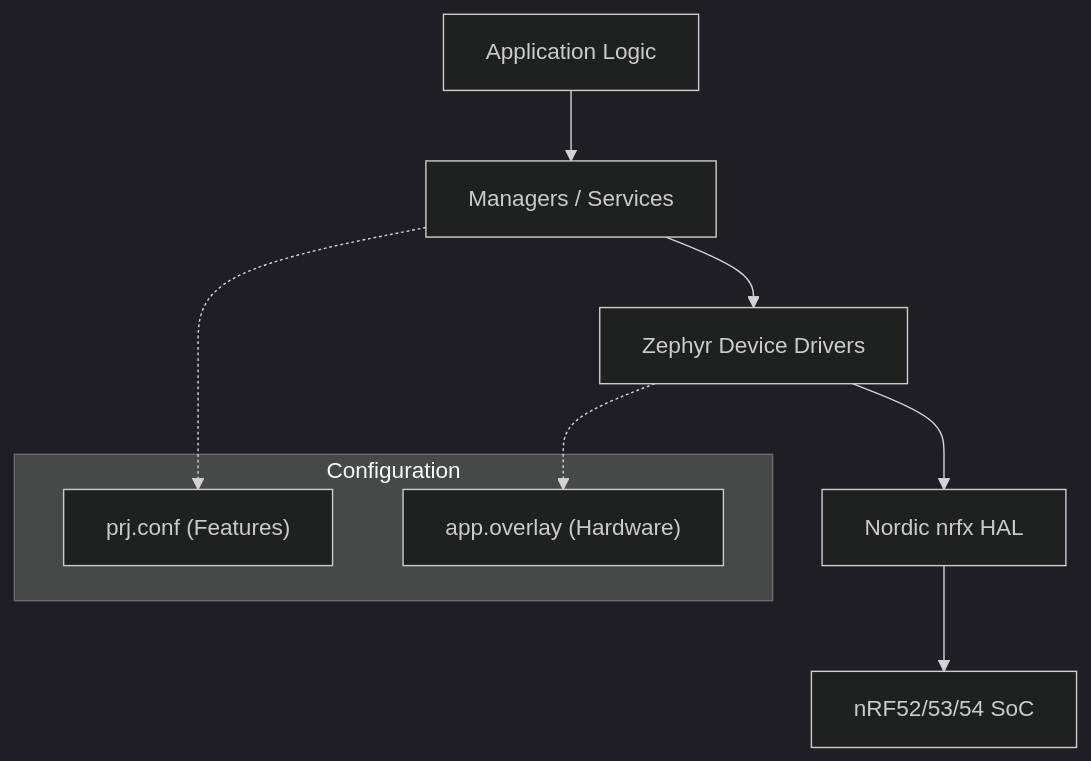
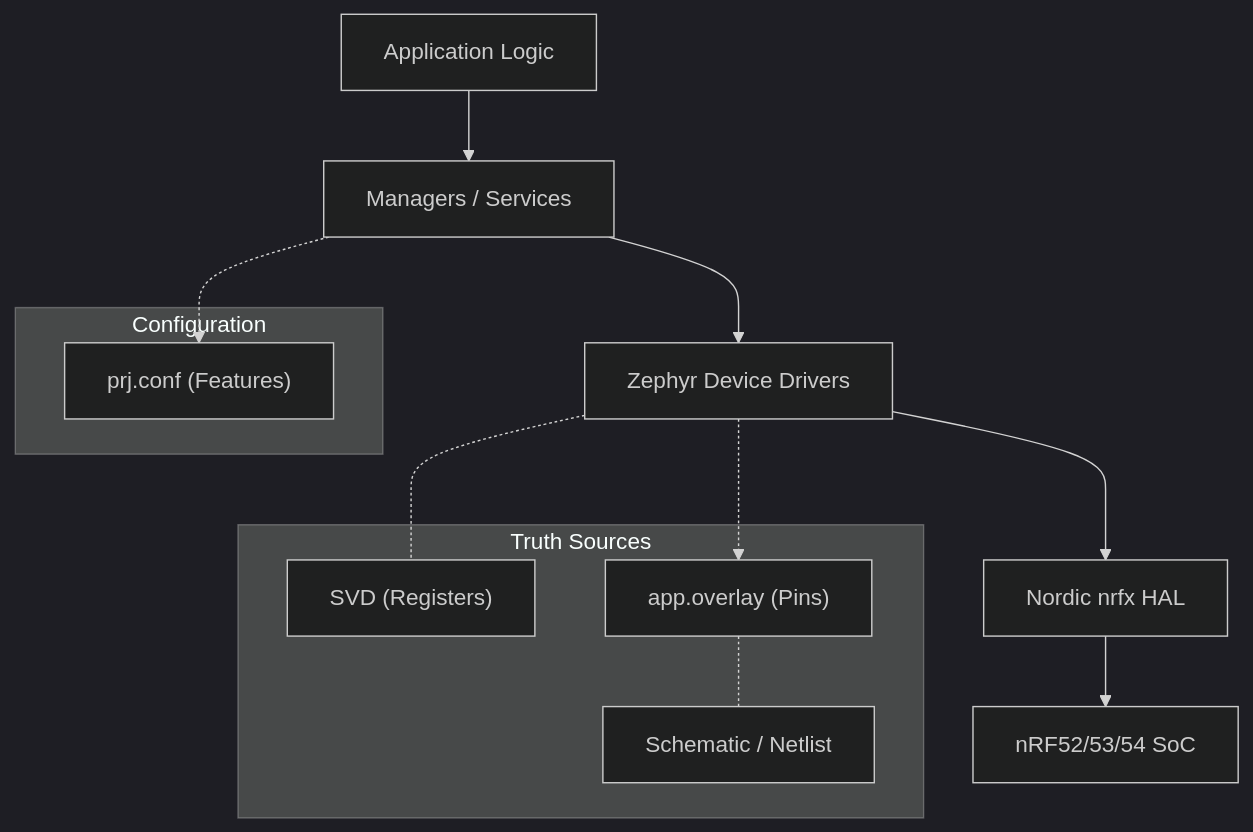
One commit to donghuixin/BLE-develop-skills-nRF_Connect changed the first of 2 diagrams in README.md. Above: the diagram before and after it, drawn with Mermaid (dark theme). The commit also changed other lines of this file and 3 other files, not shown here.

First line of the commit message:
Docs: Major README rewrite — Hardware Truth philosophy, AI Agent Strategy, 14-file Knowledge Brain

````diff
--- a/README.md
+++ b/README.md
@@ -56,15 +86,22 @@
 ```mermaid
 graph TD
     App[Application Logic] --> Managers[Managers / Services]
     Managers --> Drivers[Zephyr Device Drivers]
     Drivers --> HAL[Nordic nrfx HAL]
     HAL --> Hardware[nRF52/53/54 SoC]
     
+    subgraph "Truth Sources"
+    SVD["SVD (Registers)"]
+    DTS["app.overlay (Pins)"]
+    Netlist["Schematic / Netlist"]
+    end
+    
     subgraph Configuration
     Kconfig["prj.conf (Features)"]
-    DTS["app.overlay (Hardware)"]
     end
     
     Managers -.-> Kconfig
     Drivers -.-> DTS
+    DTS -.- Netlist
+    Drivers -.- SVD
 ```
````
